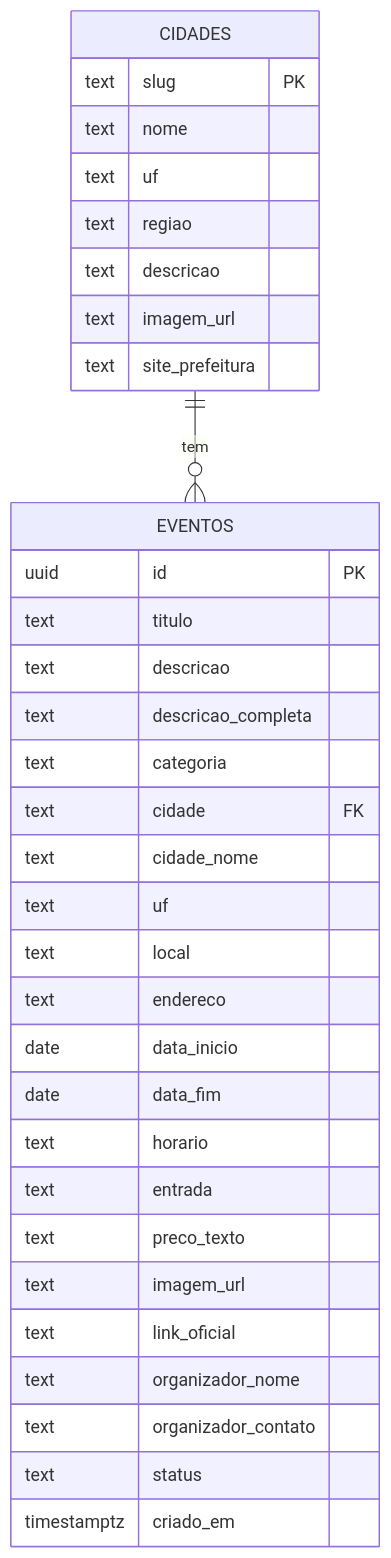
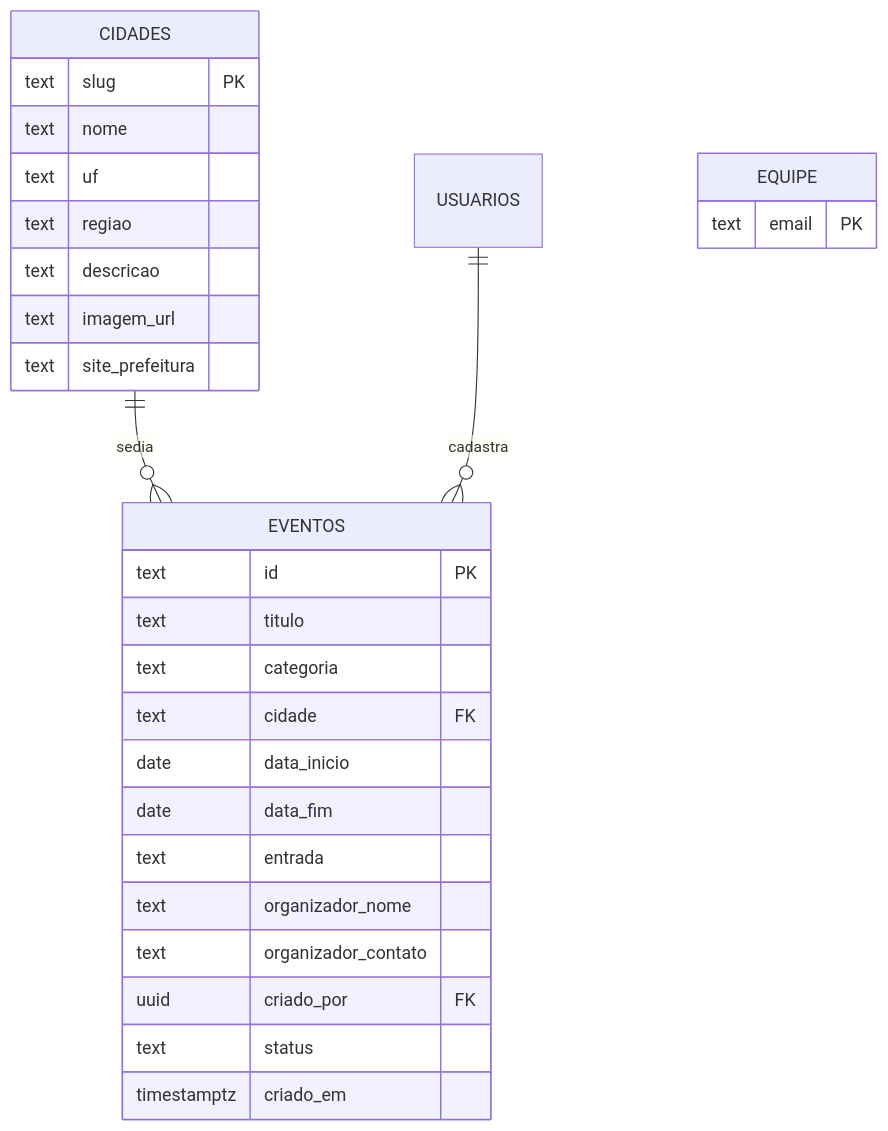
One commit to AndreiVDS/eventos-regiao changed the second of 4 diagrams in docs/analise/arquitetura.md. Above: the diagram before and after it, drawn with Mermaid. The commit also changed other lines of this file and 4 other files, not shown here.

````diff
--- a/docs/analise/arquitetura.md
+++ b/docs/analise/arquitetura.md
@@ -47,38 +67,32 @@
 ```mermaid
 erDiagram
-  CIDADES ||--o{ EVENTOS : "tem"
+  CIDADES ||--o{ EVENTOS : "sedia"
+  USUARIOS ||--o{ EVENTOS : "cadastra"
 
   CIDADES {
     text slug PK
     text nome
     text uf
     text regiao
     text descricao
     text imagem_url
     text site_prefeitura
   }
-
   EVENTOS {
-    uuid id PK
+    text id PK
     text titulo
-    text descricao
-    text descricao_completa
     text categoria
     text cidade FK
-    text cidade_nome
-    text uf
-    text local
-    text endereco
     date data_inicio
     date data_fim
-    text horario
     text entrada
-    text preco_texto
-    text imagem_url
-    text link_oficial
     text organizador_nome
     text organizador_contato
+    uuid criado_por FK
     text status
     timestamptz criado_em
   }
+  EQUIPE {
+    text email PK
+  }
 ```
````
